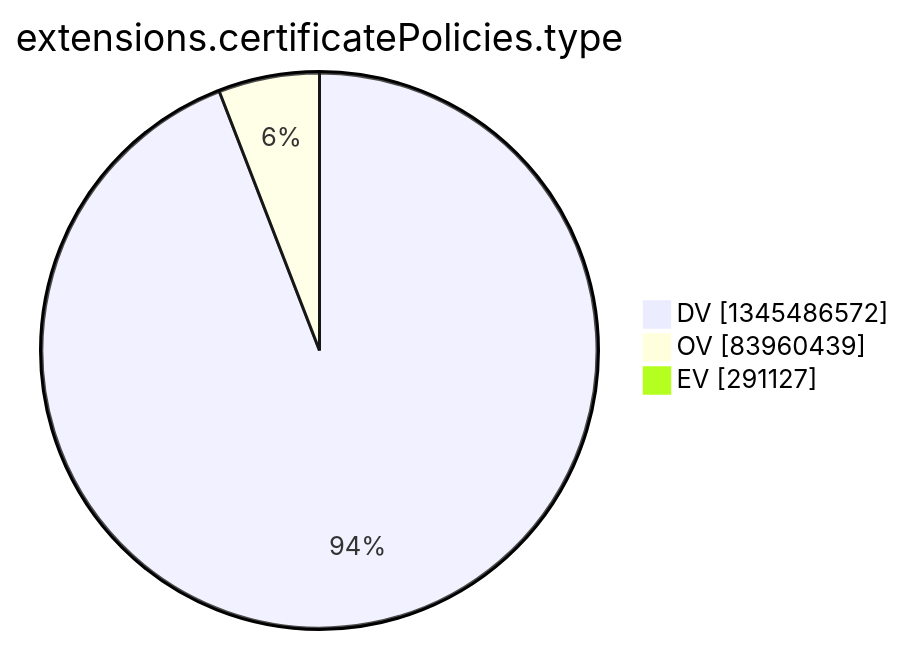
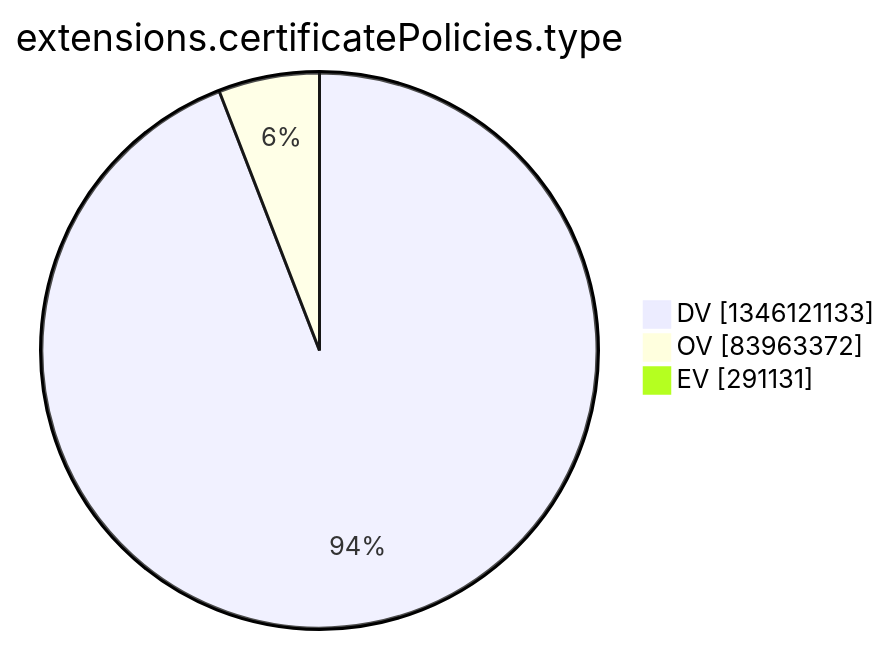
Before and after one commit to christiankrug/ctmonitor_visualization: the tenth of 15 diagrams in argon2022/README.md, drawn with Mermaid. The commit also changed other lines of this file, not shown here.

````diff
--- a/argon2022/README.md
+++ b/argon2022/README.md
@@ -2773,7 +2773,7 @@
 ```mermaid
 pie showData
 title extensions.certificatePolicies.type
-"DV" :1345486572
-"OV" :83960439
-"EV" :291127
+"DV" :1346121133
+"OV" :83963372
+"EV" :291131
 ```
````
